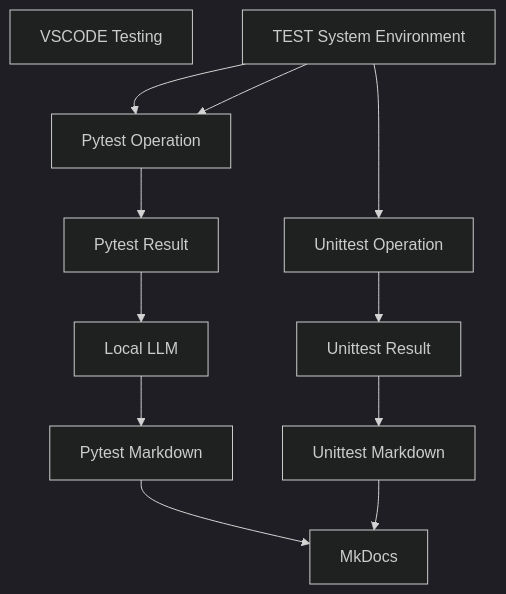
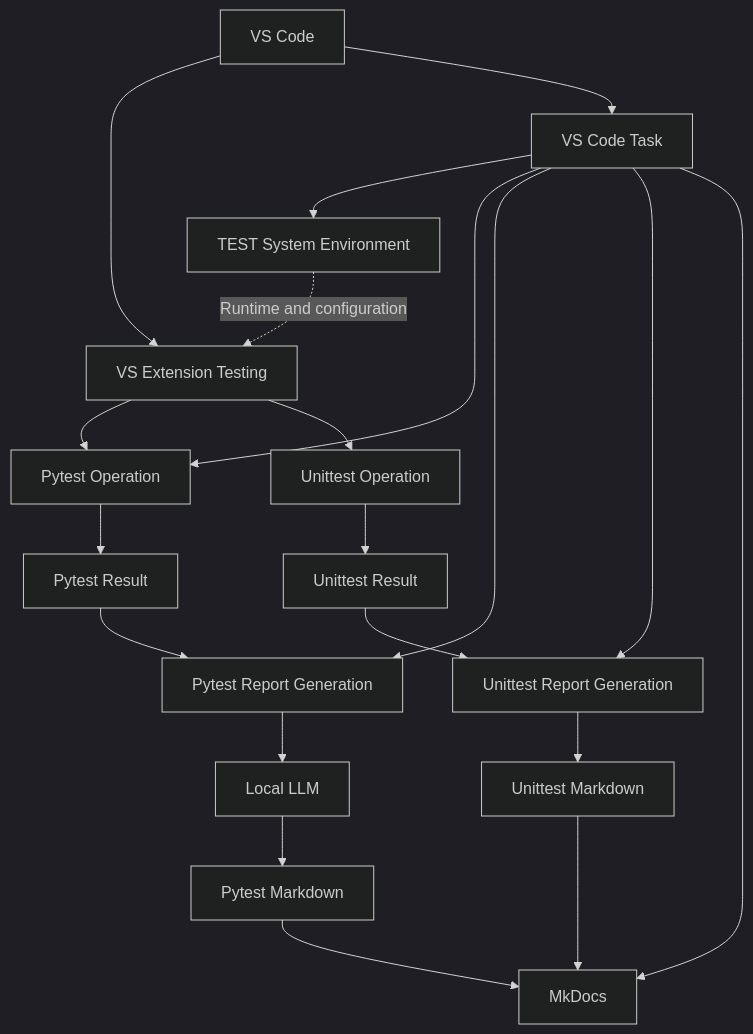
The first of 2 diagrams in docs/index.md (JeonghunLee/AI-driven-CI-CT), drawn with Mermaid (dark theme) before and after one commit. The commit also changed other lines of this file, not shown here.

Commit message:
docs: Enhance documentation structure and flow diagrams for VS Code and GitHub Actions

````diff
--- a/docs/index.md
+++ b/docs/index.md
@@ -23,19 +35,35 @@
 ```mermaid
 flowchart TD
-    TEST_VSCODE[VSCODE Testing] 
-    TEST_MAIN[TEST System Environment] 
-    TEST_PYTEST[Pytest Operation]
-    TEST_MAIN --> C[Unittest Operation]
-    TEST_PYTEST --> D[Pytest Result]
-    C --> E[Unittest Result]
-    D --> F[Local LLM]
-    F --> G[Pytest Markdown]
-    E --> H[Unittest Markdown]
-    G --> I[MkDocs]
-    
-    TEST_VSCODE
-    TEST_MAIN --> TEST_PYTEST
-    TEST_MAIN --> TEST_PYTEST
+    VSCODE[VS Code]
+    EXTENSION[VS Extension Testing]
+    TASK[VS Code Task]
+    ENV[TEST System Environment]
+    PYTEST[Pytest Operation]
+    UNITTEST[Unittest Operation]
+    PYTEST_RESULT[Pytest Result]
+    UNITTEST_RESULT[Unittest Result]
+    PYTEST_REPORT[Pytest Report Generation]
+    UNITTEST_REPORT[Unittest Report Generation]
+    LLM[Local LLM]
+    PYTEST_MD[Pytest Markdown]
+    UNITTEST_MD[Unittest Markdown]
+    MKDOCS[MkDocs]
 
-    H --> I
+    VSCODE --> EXTENSION
+    VSCODE --> TASK
+    TASK --> ENV
+    ENV -. Runtime and configuration .-> EXTENSION
+
+    EXTENSION --> PYTEST
+    EXTENSION --> UNITTEST
+    TASK --> PYTEST
+
+    PYTEST --> PYTEST_RESULT --> PYTEST_REPORT --> LLM --> PYTEST_MD
+    UNITTEST --> UNITTEST_RESULT --> UNITTEST_REPORT --> UNITTEST_MD
+
+    TASK --> PYTEST_REPORT
+    TASK --> UNITTEST_REPORT
+    PYTEST_MD --> MKDOCS
+    UNITTEST_MD --> MKDOCS
+    TASK --> MKDOCS
 ```
````
